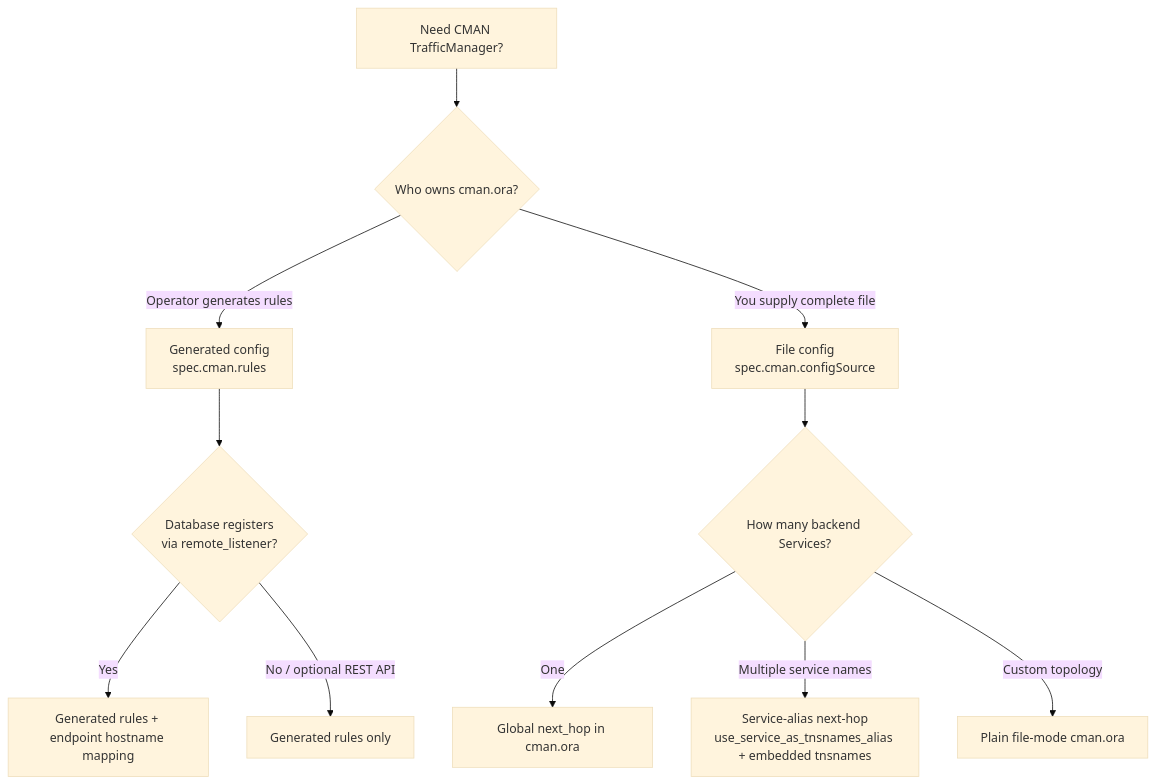
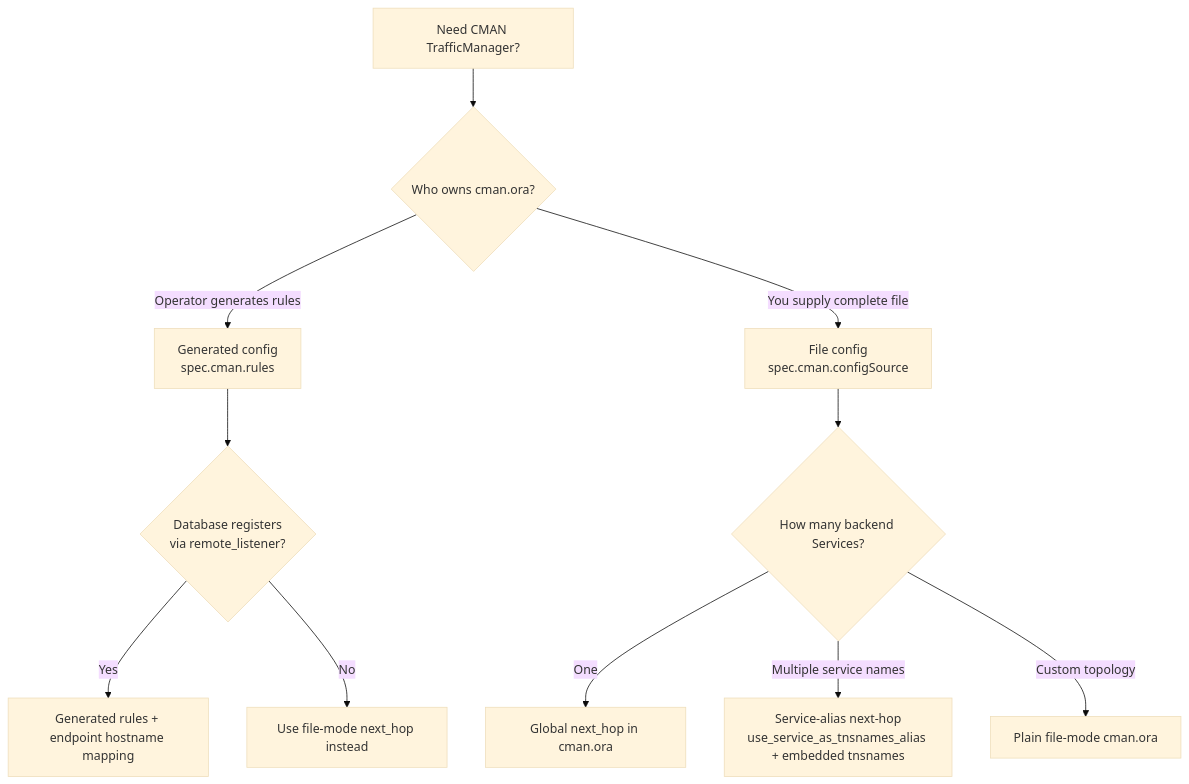
The diagram in docs/trafficmanager/README.md (saurabhahuja71/oracle-database-operator), drawn with Mermaid (base theme) before and after one commit. The commit also changed other lines of this file and 1 other file, not shown here.

First line of the commit message:
Remove CMAN REST API docs until base image supports it.

````diff
--- a/docs/trafficmanager/README.md
+++ b/docs/trafficmanager/README.md
@@ -216,13 +215,13 @@
 ```mermaid
 flowchart TD
     A[Need CMAN TrafficManager?] --> B{Who owns cman.ora?}
     B -->|Operator generates rules| C[Generated config<br/>spec.cman.rules]
     B -->|You supply complete file| D[File config<br/>spec.cman.configSource]
     C --> E{Database registers<br/>via remote_listener?}
     E -->|Yes| F[Generated rules + endpoint hostname mapping]
-    E -->|No / optional REST API| G[Generated rules only]
+    E -->|No| G[Use file-mode next_hop instead]
     D --> H{How many backend Services?}
     H -->|One| I[Global next_hop in cman.ora]
     H -->|Multiple service names| J[Service-alias next-hop<br/>use_service_as_tnsnames_alias + embedded tnsnames]
     H -->|Custom topology| K[Plain file-mode cman.ora]
 ```
````
